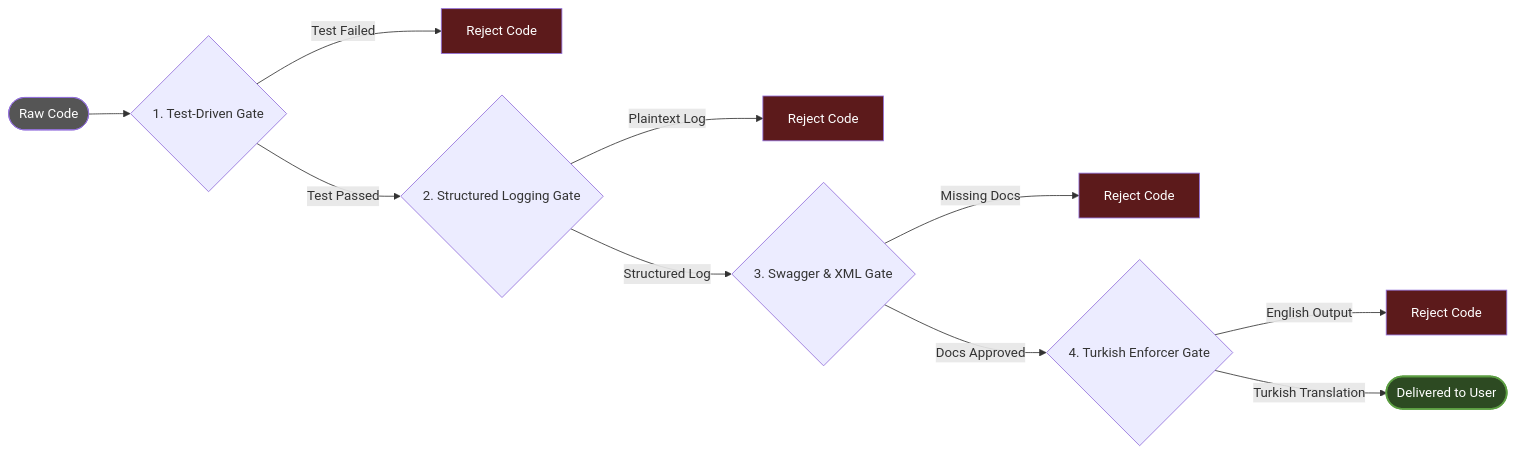
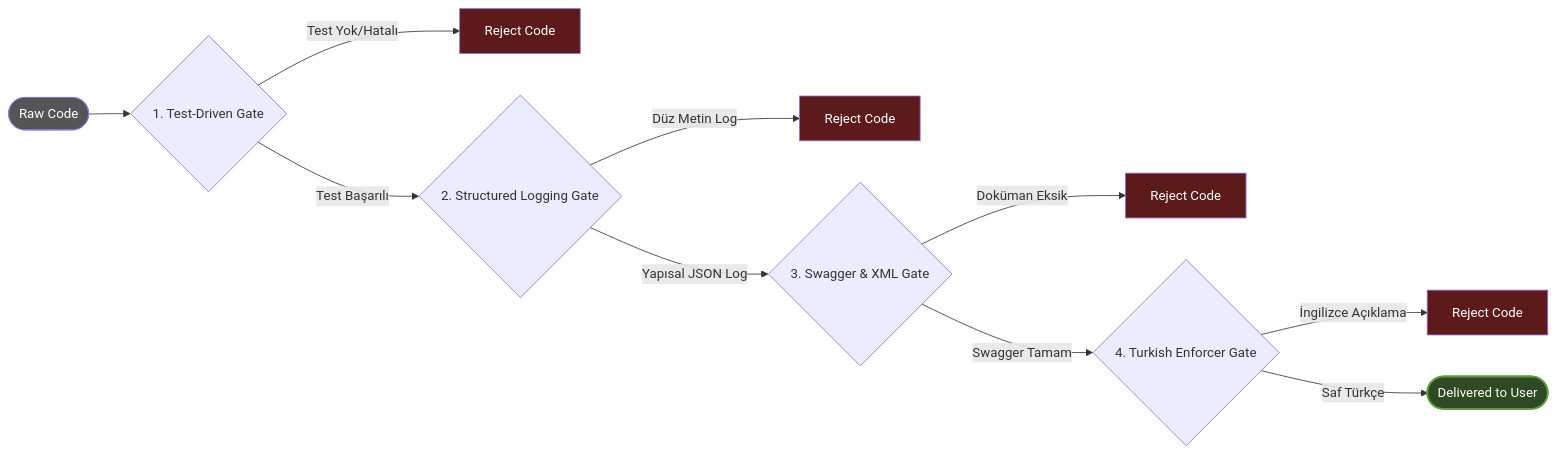
The diagram in docs/en/ARCHITECTURE.md (GktuOktay/ai-skills), drawn with Mermaid before and after one commit. The commit also changed other lines of this file and 5 other files, not shown here.

````diff
--- a/docs/en/ARCHITECTURE.md
+++ b/docs/en/ARCHITECTURE.md
@@ -18,22 +27,22 @@
 ```mermaid
 flowchart LR
     Start([Raw Code]) --> TDD{1. Test-Driven Gate}
-    TDD -->|Test Failed| Reject1[Reject Code]
-    TDD -->|Test Passed| Log{2. Structured Logging Gate}
+    TDD -->|Test Yok/Hatalı| Reject1[Reject Code]
+    TDD -->|Test Başarılı| Log{2. Structured Logging Gate}
     
-    Log -->|Plaintext Log| Reject2[Reject Code]
-    Log -->|Structured Log| Doc{3. Swagger & XML Gate}
+    Log -->|Düz Metin Log| Reject2[Reject Code]
+    Log -->|Yapısal JSON Log| Doc{3. Swagger & XML Gate}
     
-    Doc -->|Missing Docs| Reject3[Reject Code]
-    Doc -->|Docs Approved| Lang{4. Turkish Enforcer Gate}
+    Doc -->|Doküman Eksik| Reject3[Reject Code]
+    Doc -->|Swagger Tamam| Lang{4. Turkish Enforcer Gate}
     
-    Lang -->|English Output| Reject4[Reject Code]
-    Lang -->|Turkish Translation| Done([Delivered to User])
+    Lang -->|İngilizce Açıklama| Reject4[Reject Code]
+    Lang -->|Saf Türkçe| Done([Delivered to User])
     
     style Start fill:#555,color:#fff
     style Done fill:#2d4a22,stroke:#5c9e42,stroke-width:2px,color:#fff
     style Reject1 fill:#5c1a1b,color:#fff
     style Reject2 fill:#5c1a1b,color:#fff
     style Reject3 fill:#5c1a1b,color:#fff
     style Reject4 fill:#5c1a1b,color:#fff
 ```
````
